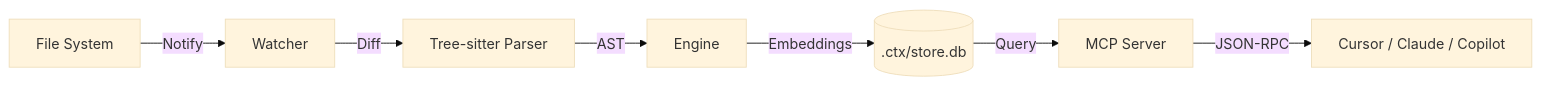
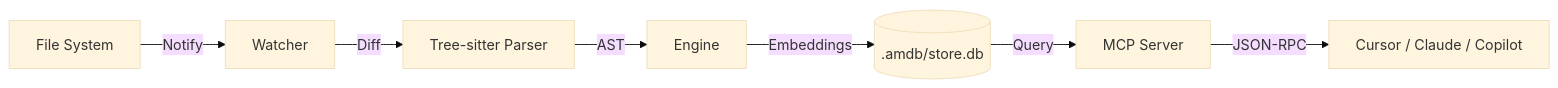
The diagram in README.md (BETAER-08/amdb), drawn with Mermaid (base theme) before and after one commit. The commit also changed other lines of this file and 9 other files, not shown here.

````diff
--- a/README.md
+++ b/README.md
@@ -35,9 +35,9 @@
 ```mermaid
 graph LR
     FS[File System] -->|Notify| Watcher
     Watcher -->|Diff| Parser[Tree-sitter Parser]
     Parser -->|AST| Engine
-    Engine -->|Embeddings| DB[(.ctx/store.db)]
+    Engine -->|Embeddings| DB[(.amdb/store.db)]
     DB -->|Query| MCPServer[MCP Server]
     MCPServer -->|JSON-RPC| Client[Cursor / Claude / Copilot]
 ```
````
